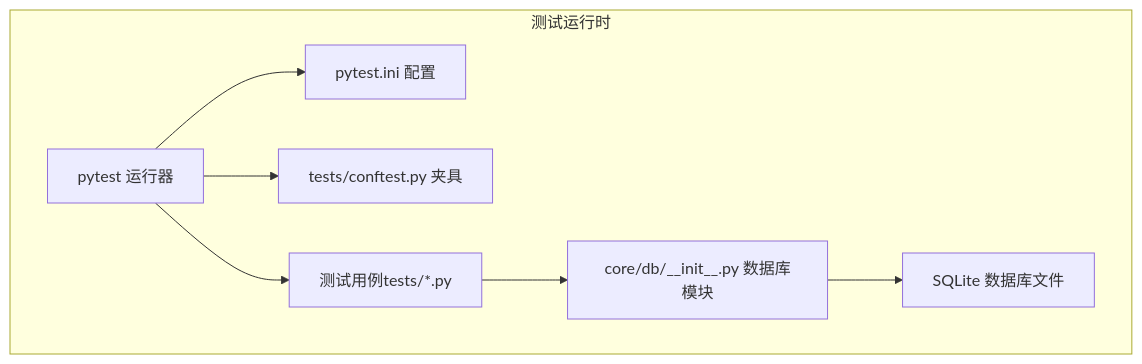
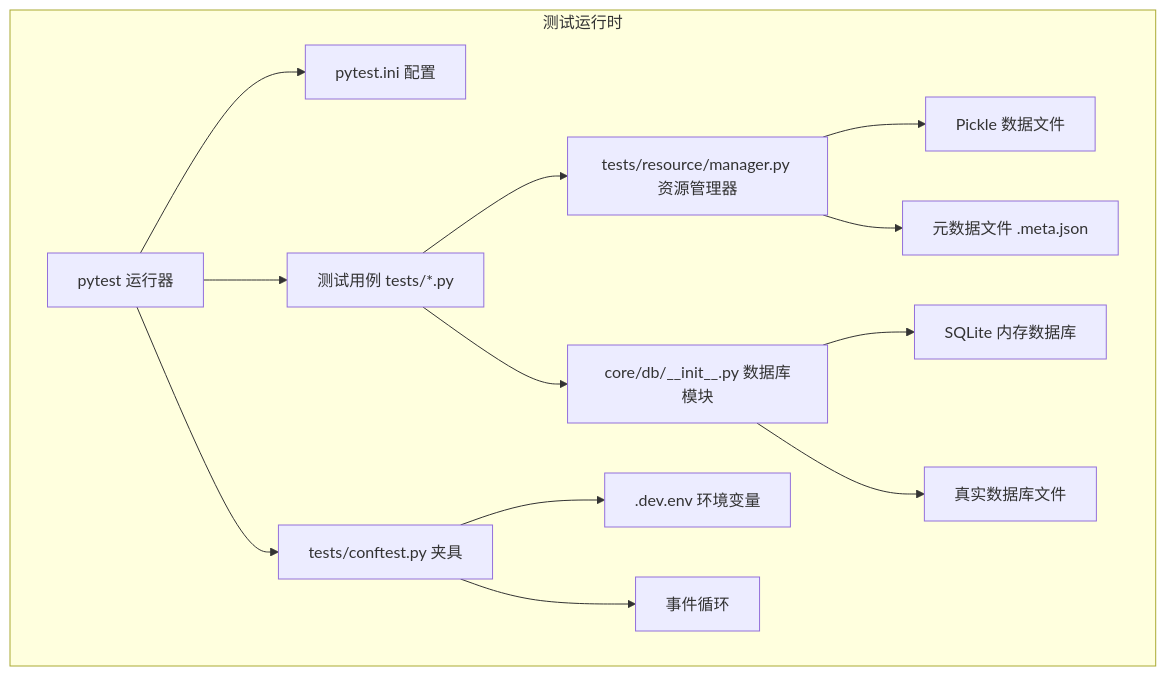
Before and after one commit to iverwong/DataLife: the second of 6 diagrams in .qoder/repowiki/zh/content/测试策略/测试配置.md, drawn with Mermaid. The commit also changed other lines of this file and 14 other files, not shown here.

````diff
--- a/.qoder/repowiki/zh/content/测试策略/测试配置.md
+++ b/.qoder/repowiki/zh/content/测试策略/测试配置.md
@@ -74,10 +116,16 @@
 ```mermaid
 graph TB
 subgraph "测试运行时"
 P["pytest 运行器"] --> CFG["pytest.ini 配置"]
 P --> FIX["tests/conftest.py 夹具"]
-P --> TST["测试用例tests/*.py"]
+P --> TST["测试用例 tests/*.py"]
+TST --> RES["tests/resource/manager.py 资源管理器"]
 TST --> DBMOD["core/db/__init__.py 数据库模块"]
-DBMOD --> SQLITE["SQLite 数据库文件"]
+RES --> PKL["Pickle 数据文件"]
+RES --> META["元数据文件 .meta.json"]
+DBMOD --> SQLITE["SQLite 内存数据库"]
+DBMOD --> REALDB["真实数据库文件"]
+FIX --> ENV[".dev.env 环境变量"]
+FIX --> LOOP["事件循环"]
 end
 ```
````
